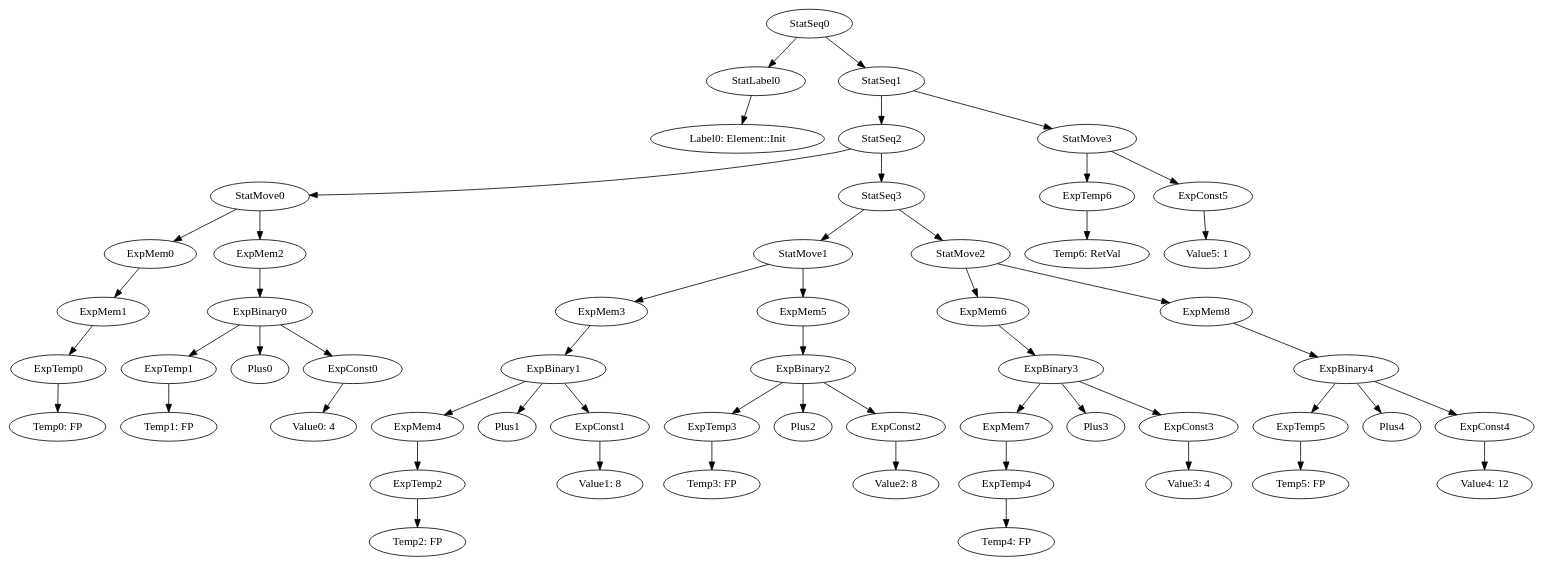
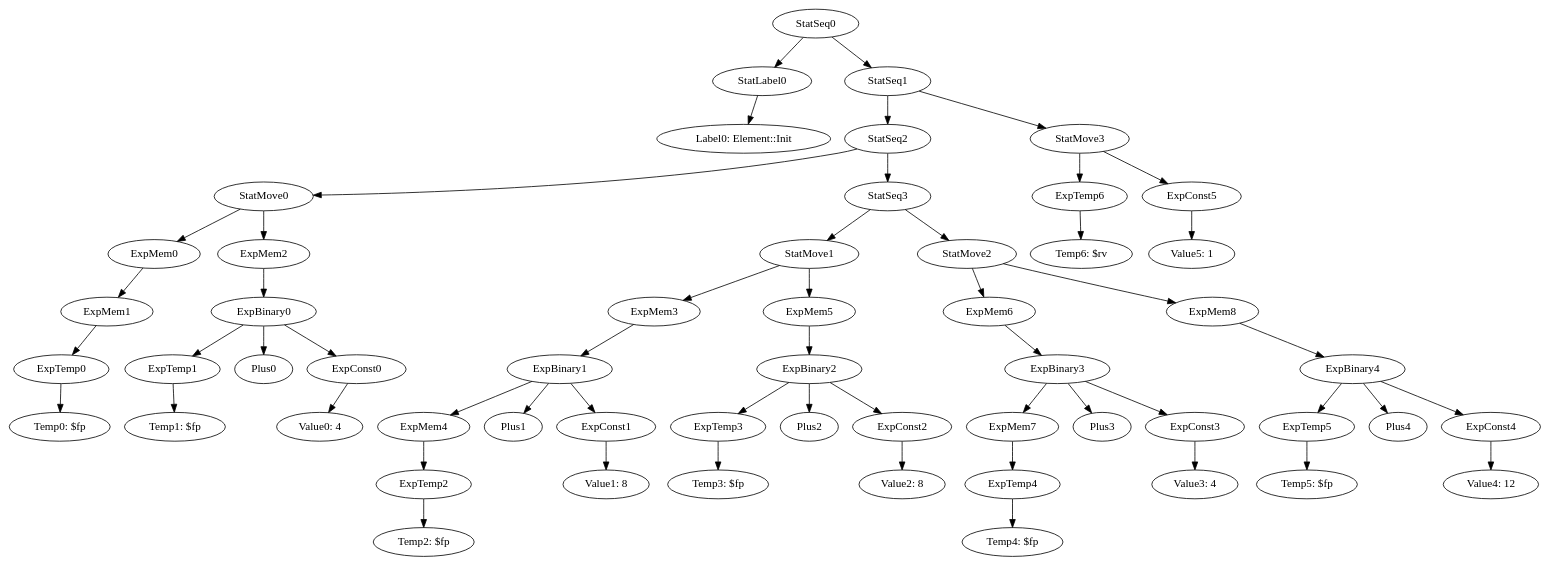
One commit to team-compilers/compilers changed the diagram in MiniJava/results/SamplesCorrect/LinkedList/irtCanon_Element::Init.gv. Above: the diagram before and after it, drawn with Graphviz. The commit also changed 340 other files, not shown here.

```diff
--- a/MiniJava/results/SamplesCorrect/LinkedList/irtCanon_Element::Init.gv
+++ b/MiniJava/results/SamplesCorrect/LinkedList/irtCanon_Element::Init.gv
@@ -1,57 +1,57 @@
 digraph {
 	ordering = out;
 	StatMove3 -> ExpTemp6;
 	StatMove3 -> ExpConst5;
-	ExpTemp6 -> "Temp6: RetVal";
+	ExpTemp6 -> "Temp6: $rv";
 	ExpConst4 -> "Value4: 12";
 	ExpBinary4 -> ExpTemp5;
 	ExpBinary4 -> Plus4;
 	ExpBinary4 -> ExpConst4;
 	StatMove2 -> ExpMem6;
 	StatMove2 -> ExpMem8;
 	ExpMem6 -> ExpBinary3;
 	ExpConst3 -> "Value3: 4";
 	ExpConst5 -> "Value5: 1";
 	ExpBinary3 -> ExpMem7;
 	ExpBinary3 -> Plus3;
 	ExpBinary3 -> ExpConst3;
-	ExpTemp4 -> "Temp4: FP";
+	ExpTemp4 -> "Temp4: $fp";
 	StatMove0 -> ExpMem0;
 	StatMove0 -> ExpMem2;
 	StatSeq3 -> StatMove1;
 	StatSeq3 -> StatMove2;
 	ExpConst0 -> "Value0: 4";
 	ExpMem1 -> ExpTemp0;
 	StatLabel0 -> "Label0: Element::Init";
-	ExpTemp5 -> "Temp5: FP";
-	ExpTemp1 -> "Temp1: FP";
+	ExpTemp5 -> "Temp5: $fp";
+	ExpTemp1 -> "Temp1: $fp";
 	StatSeq0 -> StatLabel0;
 	StatSeq0 -> StatSeq1;
-	ExpTemp3 -> "Temp3: FP";
+	ExpTemp3 -> "Temp3: $fp";
 	ExpMem7 -> ExpTemp4;
-	ExpTemp0 -> "Temp0: FP";
+	ExpTemp0 -> "Temp0: $fp";
 	ExpMem2 -> ExpBinary0;
 	ExpMem0 -> ExpMem1;
 	ExpBinary1 -> ExpMem4;
 	ExpBinary1 -> Plus1;
 	ExpBinary1 -> ExpConst1;
 	ExpMem3 -> ExpBinary1;
 	StatSeq2 -> StatMove0;
 	StatSeq2 -> StatSeq3;
-	ExpTemp2 -> "Temp2: FP";
+	ExpTemp2 -> "Temp2: $fp";
 	ExpBinary0 -> ExpTemp1;
 	ExpBinary0 -> Plus0;
 	ExpBinary0 -> ExpConst0;
 	ExpMem4 -> ExpTemp2;
 	StatSeq1 -> StatSeq2;
 	StatSeq1 -> StatMove3;
 	ExpConst1 -> "Value1: 8";
 	ExpMem8 -> ExpBinary4;
 	ExpBinary2 -> ExpTemp3;
 	ExpBinary2 -> Plus2;
 	ExpBinary2 -> ExpConst2;
 	ExpConst2 -> "Value2: 8";
 	StatMove1 -> ExpMem3;
 	StatMove1 -> ExpMem5;
 	ExpMem5 -> ExpBinary2;
 }
```
